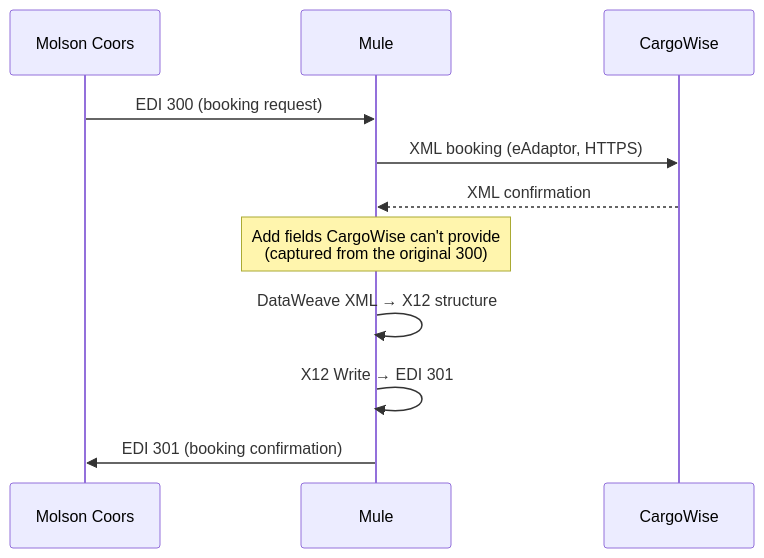
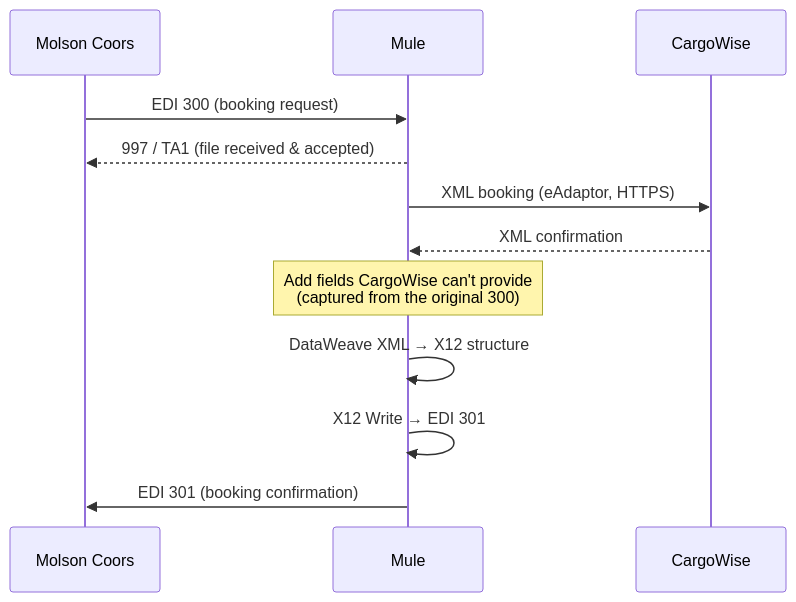
Diagram 20 of 21 in notes/part1-super-detailed.md (developerashok99/mule-project-session), drawn with Mermaid before and after one commit. The commit also changed other lines of this file and 10 other files, not shown here.

````diff
--- a/notes/part1-super-detailed.md
+++ b/notes/part1-super-detailed.md
@@ -846,13 +1039,14 @@
 ```mermaid
 sequenceDiagram
     participant MC as Molson Coors
     participant Mule as Mule
     participant CW as CargoWise
     MC->>Mule: EDI 300 (booking request)
+    Mule-->>MC: 997 / TA1 (file received & accepted)
     Mule->>CW: XML booking (eAdaptor, HTTPS)
     CW-->>Mule: XML confirmation
     Note over Mule: Add fields CargoWise can't provide<br/>(captured from the original 300)
     Mule->>Mule: DataWeave XML → X12 structure
     Mule->>Mule: X12 Write → EDI 301
     Mule->>MC: EDI 301 (booking confirmation)
 ```
````
